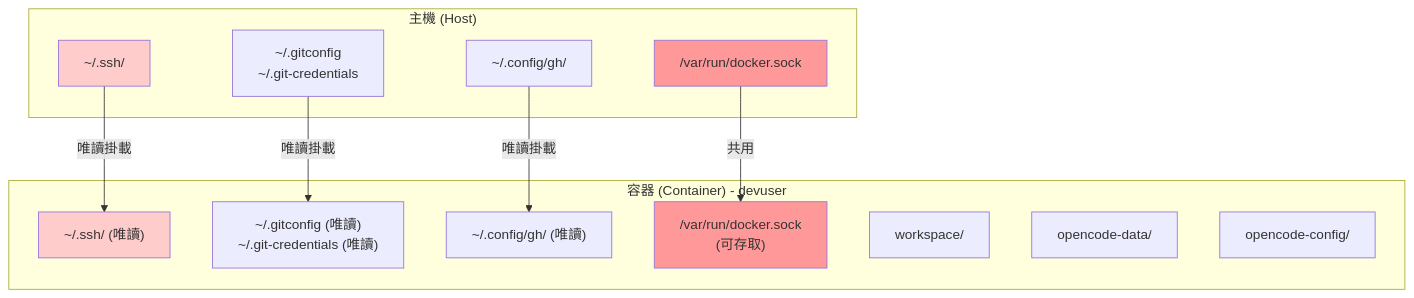
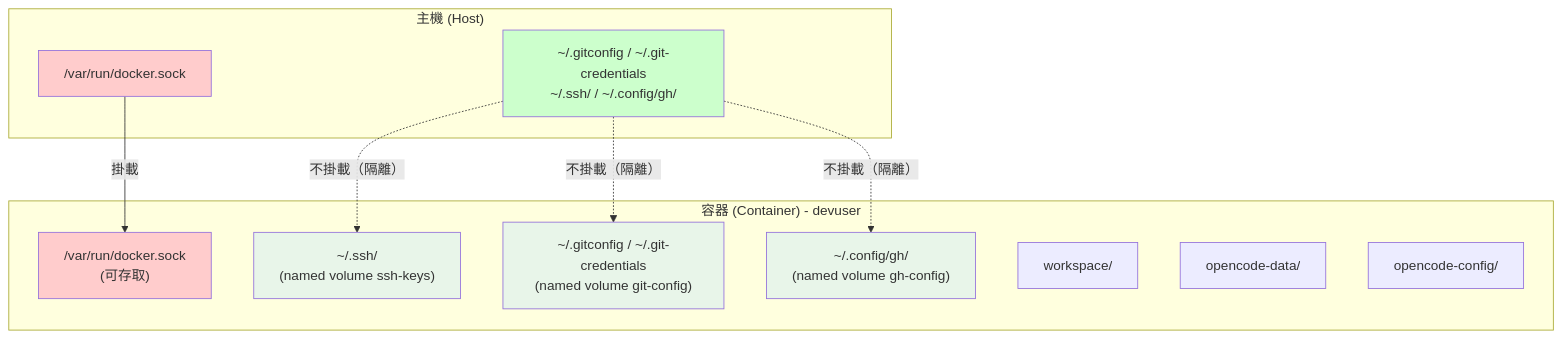
Before and after one commit to tryweb/ai-engkit: the first of 6 diagrams in docs/SECURITY.md, drawn with Mermaid. The commit also changed other lines of this file, not shown here.

Commit message:
docs(security): correct credential volume mount description
The security architecture diagram and data-access tables claimed that
~/.gitconfig, ~/.git-credentials, ~/.ssh/, and ~/.config/gh/ are
read-only bind mounts from the host. This is factually wrong: the
default docker-compose.yml uses named volumes (git-config, ssh-keys,
gh-config), and entrypoint.d/04-init-git-ssh.sh creates blank files
inside those volumes on first start. Host credentials are never
exposed to the container, and the container's credentials are isolated
from the host.

This correction makes the security model accurate and highlights the
isolation as a deliberate defense-in-depth measure.

````diff
--- a/docs/SECURITY.md
+++ b/docs/SECURITY.md
@@ -18,29 +18,29 @@
 ```mermaid
 graph TB
     subgraph "主機 (Host)"
-        SSH["~/.ssh/"]
-        GIT["~/.gitconfig<br/>~/.git-credentials"]
-        GH["~/.config/gh/"]
         DOCKER["/var/run/docker.sock"]
+        HOST_CREDS["~/.gitconfig / ~/.git-credentials<br/>~/.ssh/ / ~/.config/gh/"]
     end
 
     subgraph "容器 (Container) - devuser"
-        C_SSH["~/.ssh/ (唯讀)"]
-        C_GIT["~/.gitconfig (唯讀)<br/>~/.git-credentials (唯讀)"]
-        C_GH["~/.config/gh/ (唯讀)"]
         C_DOCKER["/var/run/docker.sock<br/>(可存取)"]
+        C_SSH["~/.ssh/<br/>(named volume ssh-keys)"]
+        C_GIT["~/.gitconfig / ~/.git-credentials<br/>(named volume git-config)"]
+        C_GH["~/.config/gh/<br/>(named volume gh-config)"]
         C_WS["workspace/"]
         C_DATA["opencode-data/"]
         C_CONFIG["opencode-config/"]
     end
 
-    SSH -->|"唯讀掛載"| C_SSH
-    GIT -->|"唯讀掛載"| C_GIT
-    GH -->|"唯讀掛載"| C_GH
-    DOCKER -->|"共用"| C_DOCKER
+    DOCKER -->|"掛載"| C_DOCKER
+    HOST_CREDS -.->|"不掛載（隔離）"| C_SSH
+    HOST_CREDS -.->|"不掛載（隔離）"| C_GIT
+    HOST_CREDS -.->|"不掛載（隔離）"| C_GH
 
-    style SSH fill:#ffcccc
-    style C_SSH fill:#ffcccc
-    style DOCKER fill:#ff9999
-    style C_DOCKER fill:#ff9999
+    style DOCKER fill:#ffcccc
+    style C_DOCKER fill:#ffcccc
+    style HOST_CREDS fill:#ccffcc
+    style C_SSH fill:#e8f5e9
+    style C_GIT fill:#e8f5e9
+    style C_GH fill:#e8f5e9
 ```
````
